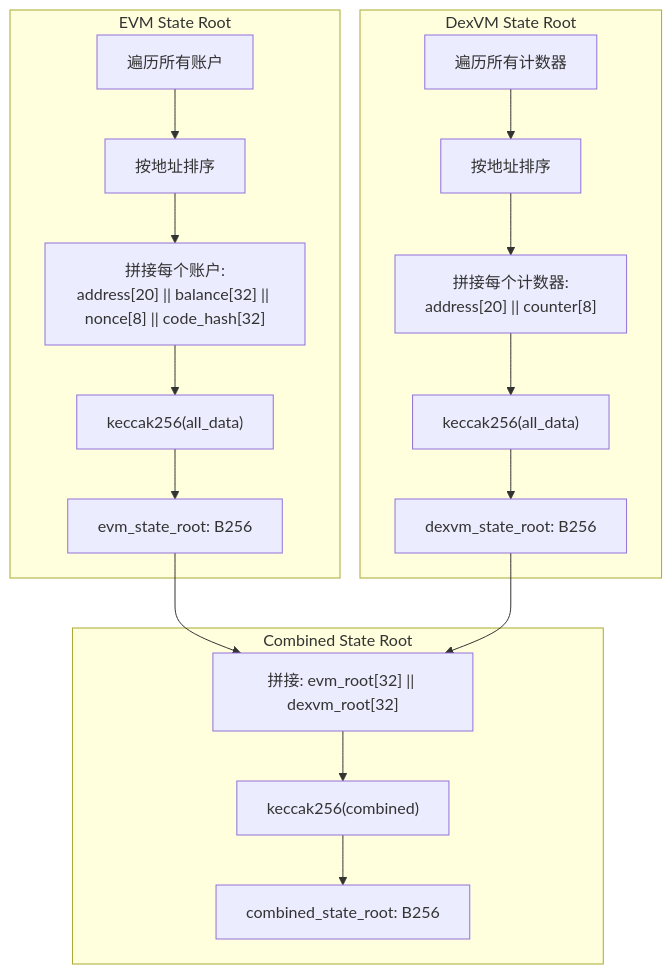
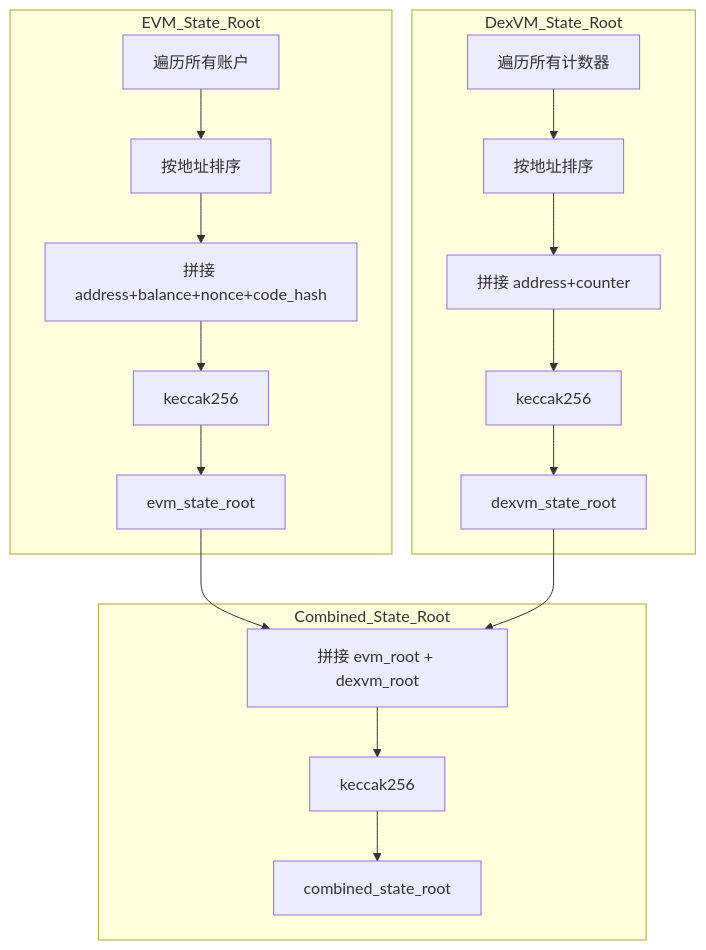
One commit to J1a-wei/reth-demo changed the fourth of 4 diagrams in notes/03-block-production.md. Above: the diagram before and after it, drawn with Mermaid. The commit also changed 4 other files, not shown here.

````diff
--- a/notes/03-block-production.md
+++ b/notes/03-block-production.md
@@ -148,23 +148,23 @@
 ```mermaid
 flowchart TD
-    subgraph "EVM State Root"
+    subgraph EVM_State_Root
         EVM_START[遍历所有账户] --> EVM_SORT[按地址排序]
-        EVM_SORT --> EVM_CONCAT["拼接每个账户:<br/>address[20] || balance[32] || nonce[8] || code_hash[32]"]
-        EVM_CONCAT --> EVM_HASH["keccak256(all_data)"]
-        EVM_HASH --> EVM_ROOT["evm_state_root: B256"]
+        EVM_SORT --> EVM_CONCAT["拼接 address+balance+nonce+code_hash"]
+        EVM_CONCAT --> EVM_HASH["keccak256"]
+        EVM_HASH --> EVM_ROOT["evm_state_root"]
     end
 
-    subgraph "DexVM State Root"
+    subgraph DexVM_State_Root
         DEXVM_START[遍历所有计数器] --> DEXVM_SORT[按地址排序]
-        DEXVM_SORT --> DEXVM_CONCAT["拼接每个计数器:<br/>address[20] || counter[8]"]
-        DEXVM_CONCAT --> DEXVM_HASH["keccak256(all_data)"]
-        DEXVM_HASH --> DEXVM_ROOT["dexvm_state_root: B256"]
+        DEXVM_SORT --> DEXVM_CONCAT["拼接 address+counter"]
+        DEXVM_CONCAT --> DEXVM_HASH["keccak256"]
+        DEXVM_HASH --> DEXVM_ROOT["dexvm_state_root"]
     end
 
-    subgraph "Combined State Root"
-        EVM_ROOT --> COMBINE["拼接: evm_root[32] || dexvm_root[32]"]
+    subgraph Combined_State_Root
+        EVM_ROOT --> COMBINE["拼接 evm_root + dexvm_root"]
         DEXVM_ROOT --> COMBINE
-        COMBINE --> FINAL_HASH["keccak256(combined)"]
-        FINAL_HASH --> COMBINED_ROOT["combined_state_root: B256"]
+        COMBINE --> FINAL_HASH["keccak256"]
+        FINAL_HASH --> COMBINED_ROOT["combined_state_root"]
     end
 ```
````
